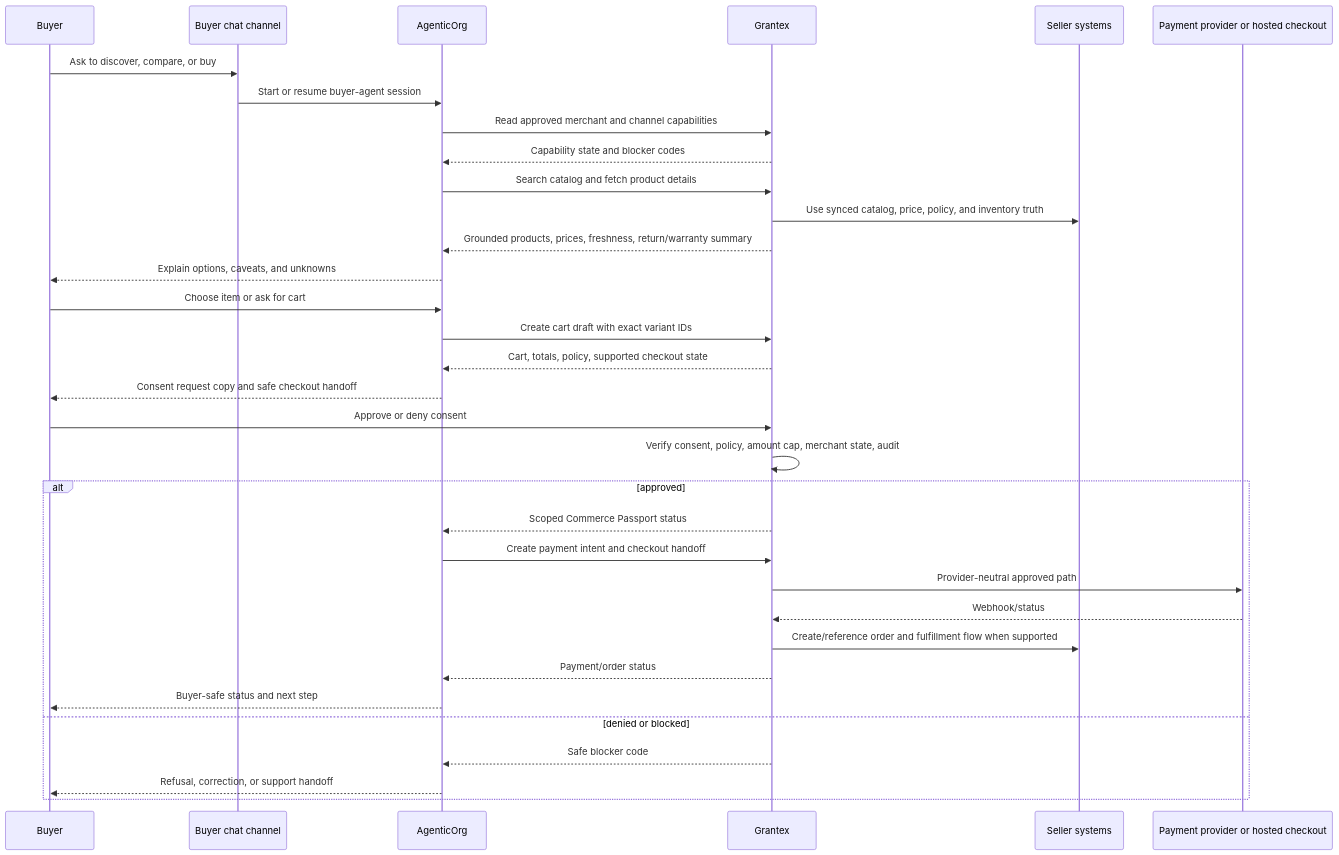
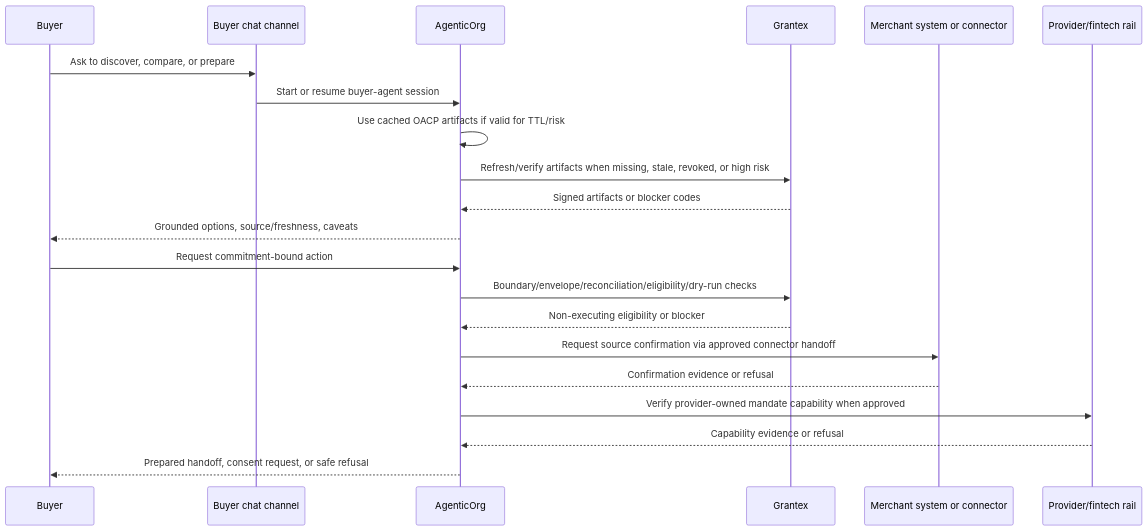
One commit to mishrasanjeev/grantex changed the second of 2 diagrams in docs/guides/commerce-v1-end-to-end-agentic-commerce-flow.mdx. Above: the diagram before and after it, drawn with Mermaid. The commit also changed other lines of this file and 4 other files, not shown here.

Commit message:
docs(commerce): update OACP PRD and content plan

````diff
--- a/docs/guides/commerce-v1-end-to-end-agentic-commerce-flow.mdx
+++ b/docs/guides/commerce-v1-end-to-end-agentic-commerce-flow.mdx
@@ -83,36 +90,24 @@
 ```mermaid
 sequenceDiagram
   participant B as Buyer
   participant C as Buyer chat channel
   participant A as AgenticOrg
   participant G as Grantex
-  participant S as Seller systems
-  participant P as Payment provider or hosted checkout
+  participant S as Merchant system or connector
+  participant P as Provider/fintech rail
 
-  B->>C: Ask to discover, compare, or buy
+  B->>C: Ask to discover, compare, or prepare
   C->>A: Start or resume buyer-agent session
-  A->>G: Read approved merchant and channel capabilities
-  G-->>A: Capability state and blocker codes
-  A->>G: Search catalog and fetch product details
-  G->>S: Use synced catalog, price, policy, and inventory truth
-  G-->>A: Grounded products, prices, freshness, return/warranty summary
-  A-->>B: Explain options, caveats, and unknowns
-  B->>A: Choose item or ask for cart
-  A->>G: Create cart draft with exact variant IDs
-  G-->>A: Cart, totals, policy, supported checkout state
-  A-->>B: Consent request copy and safe checkout handoff
-  B->>G: Approve or deny consent
-  G->>G: Verify consent, policy, amount cap, merchant state, audit
-  alt approved
-    G-->>A: Scoped Commerce Passport status
-    A->>G: Create payment intent and checkout handoff
-    G->>P: Provider-neutral approved path
-    P-->>G: Webhook/status
-    G->>S: Create/reference order and fulfillment flow when supported
-    G-->>A: Payment/order status
-    A-->>B: Buyer-safe status and next step
-  else denied or blocked
-    G-->>A: Safe blocker code
-    A-->>B: Refusal, correction, or support handoff
-  end
+  A->>A: Use cached OACP artifacts if valid for TTL/risk
+  A->>G: Refresh/verify artifacts when missing, stale, revoked, or high risk
+  G-->>A: Signed artifacts or blocker codes
+  A-->>B: Grounded options, source/freshness, caveats
+  B->>A: Request commitment-bound action
+  A->>G: Boundary/envelope/reconciliation/eligibility/dry-run checks
+  G-->>A: Non-executing eligibility or blocker
+  A->>S: Request source confirmation via approved connector handoff
+  S-->>A: Confirmation evidence or refusal
+  A->>P: Verify provider-owned mandate capability when approved
+  P-->>A: Capability evidence or refusal
+  A-->>B: Prepared handoff, consent request, or safe refusal
 ```
````
